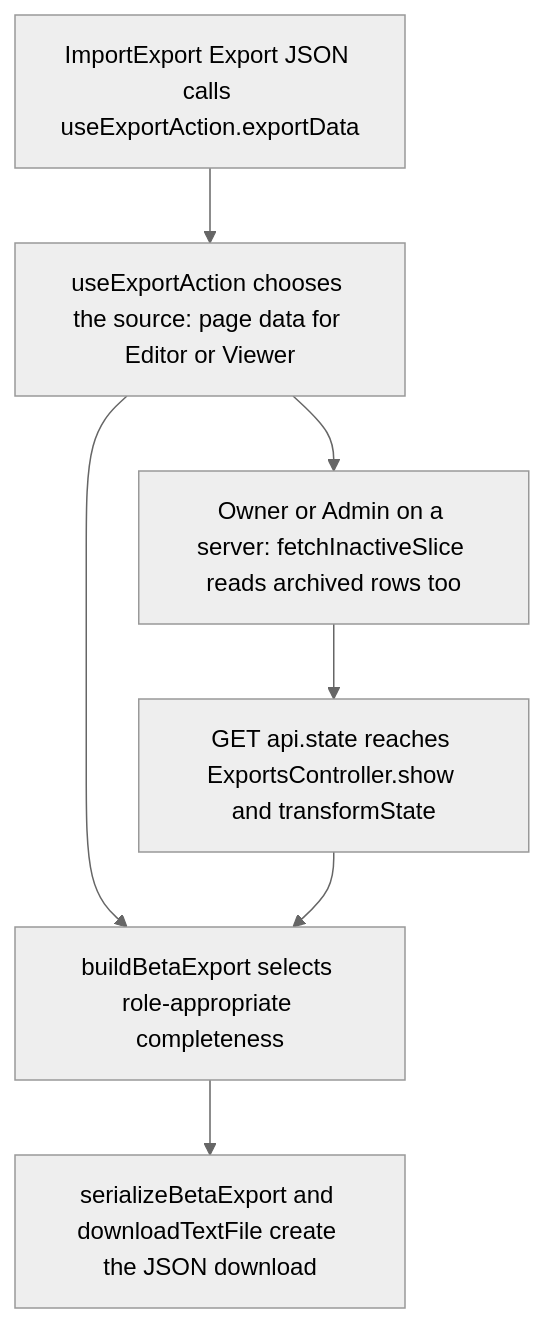
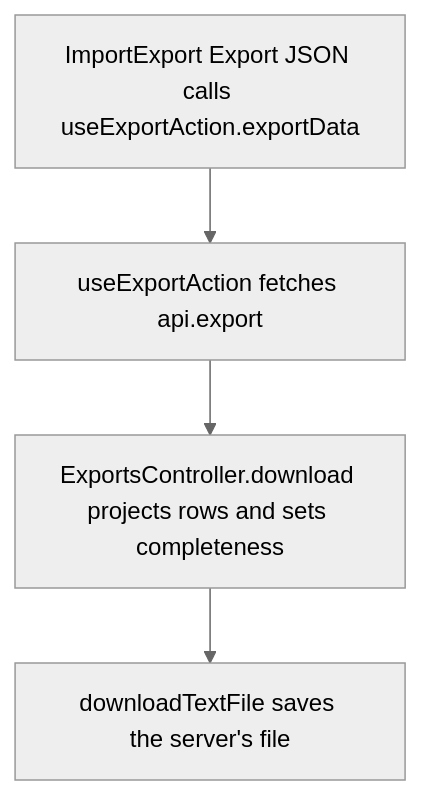
One commit to Kevinjohn/capacitylens changed the second of 2 diagrams in user-stories/data/US-DAT-01-export-json.md. Above: the diagram before and after it, drawn with Mermaid (neutral theme). The commit also changed other lines of this file and 16 other files, not shown here.

First line of the commit message:
Build the company export on the server and serve it as a download

````diff
--- a/user-stories/data/US-DAT-01-export-json.md
+++ b/user-stories/data/US-DAT-01-export-json.md
@@ -28,9 +28,6 @@
 ```mermaid
 flowchart TD
-  button["ImportExport Export JSON calls useExportAction.exportData"] --> mode["useExportAction chooses the source: page data for Editor or Viewer"]
-  mode --> fetch["Owner or Admin on a server: fetchInactiveSlice reads archived rows too"]
-  fetch --> route["GET api.state reaches ExportsController.show and transformState"]
-  mode --> build["buildBetaExport selects role-appropriate completeness"]
-  route --> build
-  build --> file["serializeBetaExport and downloadTextFile create the JSON download"]
+  button["ImportExport Export JSON calls useExportAction.exportData"] --> fetch["useExportAction fetches api.export"]
+  fetch --> route["ExportsController.download projects rows and sets completeness"]
+  route --> file["downloadTextFile saves the server's file"]
 ```
````
